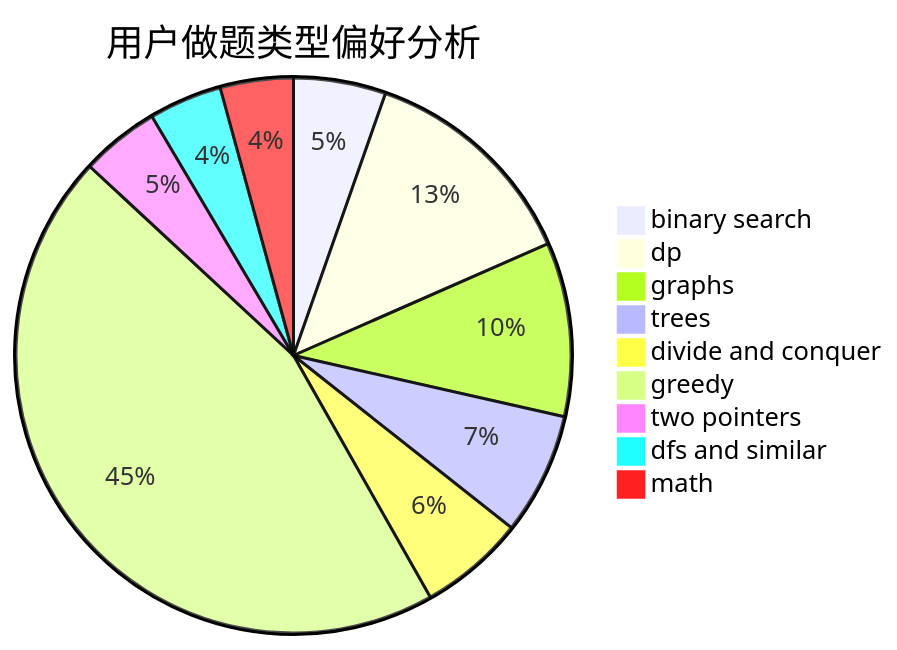
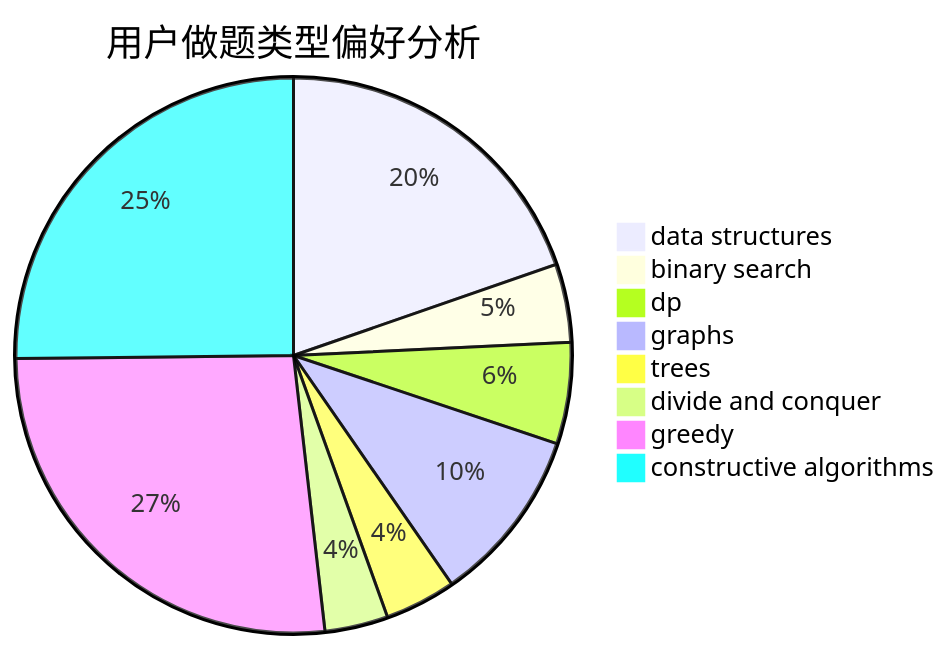
The second of 3 diagrams in docs/user/u74.md (sherpahu/cfrs.github.io), drawn with Mermaid before and after one commit. The commit also changed other lines of this file and 2775 other files, not shown here.

````diff
--- a/docs/user/u74.md
+++ b/docs/user/u74.md
@@ -23,12 +23,11 @@
 ```mermaid
 pie title 用户做题类型偏好分析
-    "binary search" :  96
-    "dp" :  233
-    "graphs" :  181
-    "trees" :  127
-    "divide and conquer" :  110
-    "greedy" :  806
-    "two pointers" :  82
-    "dfs and similar" :  76
-    "math" :  76
+    "data structures" :  337
+    "binary search" :  78
+    "dp" :  101
+    "graphs" :  175
+    "trees" :  71
+    "divide and conquer" :  63
+    "greedy" :  456
+    "constructive algorithms" :  431
 ```
````
